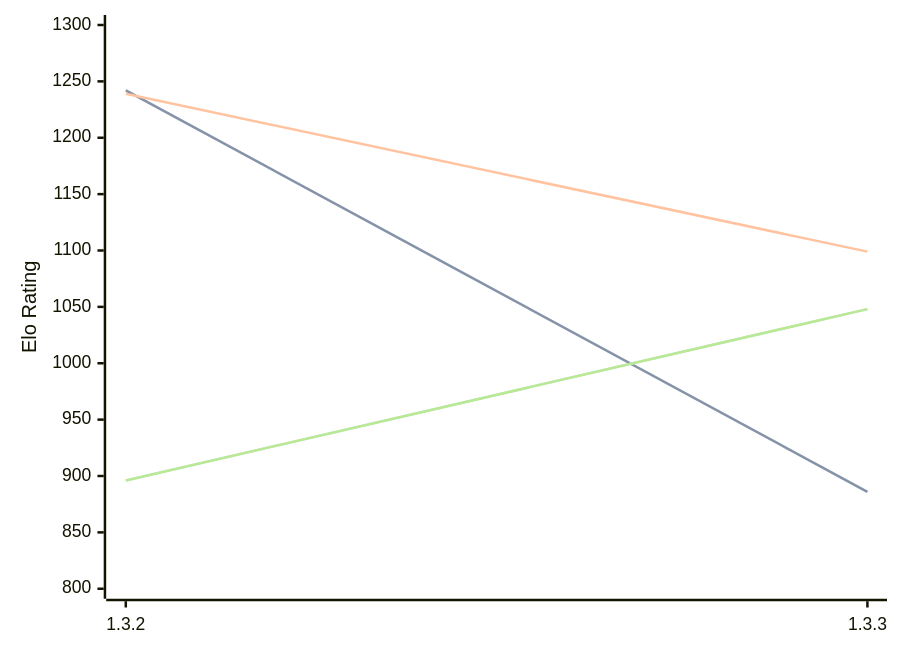
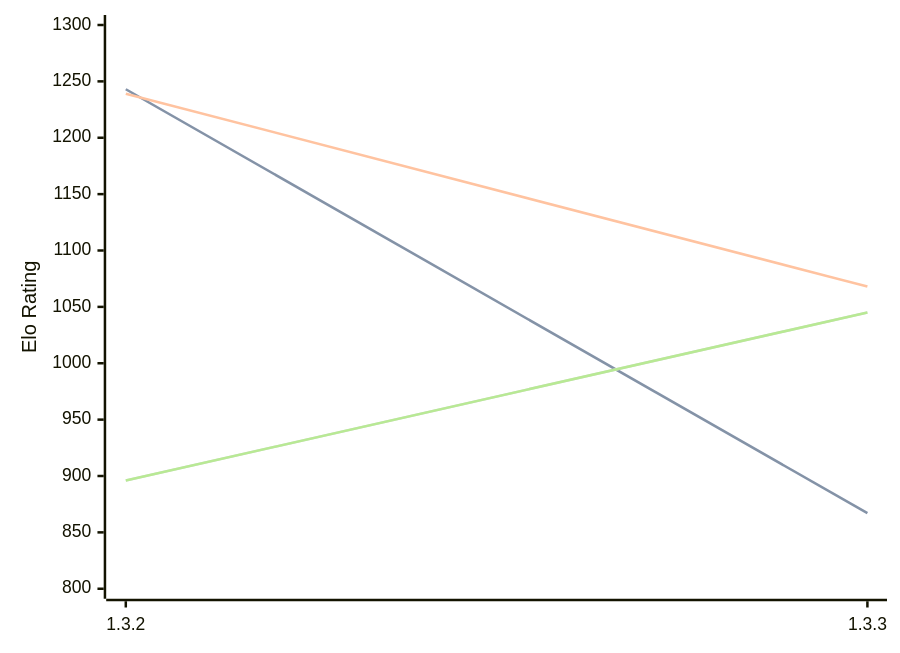
The diagram in engines/Whitespine.md (computer-chess-index/cci), drawn with Mermaid before and after one commit. The commit also changed other lines of this file, not shown here.

Commit message:
Update CCI Ratings (ELO VLTC) - 2026-04-19

````diff
--- a/engines/Whitespine.md
+++ b/engines/Whitespine.md
@@ -35,11 +35,11 @@
 ```mermaid
 %%{init: {"theme":"base","themeVariables":{"seriesColors:['#a3a3a3','#222221','#faa371']}}}%%
 xychart-beta
   x-axis ["1.3.2", "1.3.3"]
   y-axis "Elo Rating" 800 --> 1300
-  line "STC (8.0+0.08s)" [1242, 886]
-  line "STC (8.0+0.08s)" [1242, 886]
-  line "LTC (60.0+0.60s)" [1239, 1099]
-  line "VLTC (2m24s+1.12s)" [896, 1048]
-  line "VLTC (2m24s+1.12s)" [896, 1048]
+  line "STC (8.0+0.08s)" [1243, 867]
+  line "STC (8.0+0.08s)" [1243, 867]
+  line "LTC (60.0+0.60s)" [1239, 1068]
+  line "VLTC (2m24s+1.12s)" [896, 1045]
+  line "VLTC (2m24s+1.12s)" [896, 1045]
 ```
````
